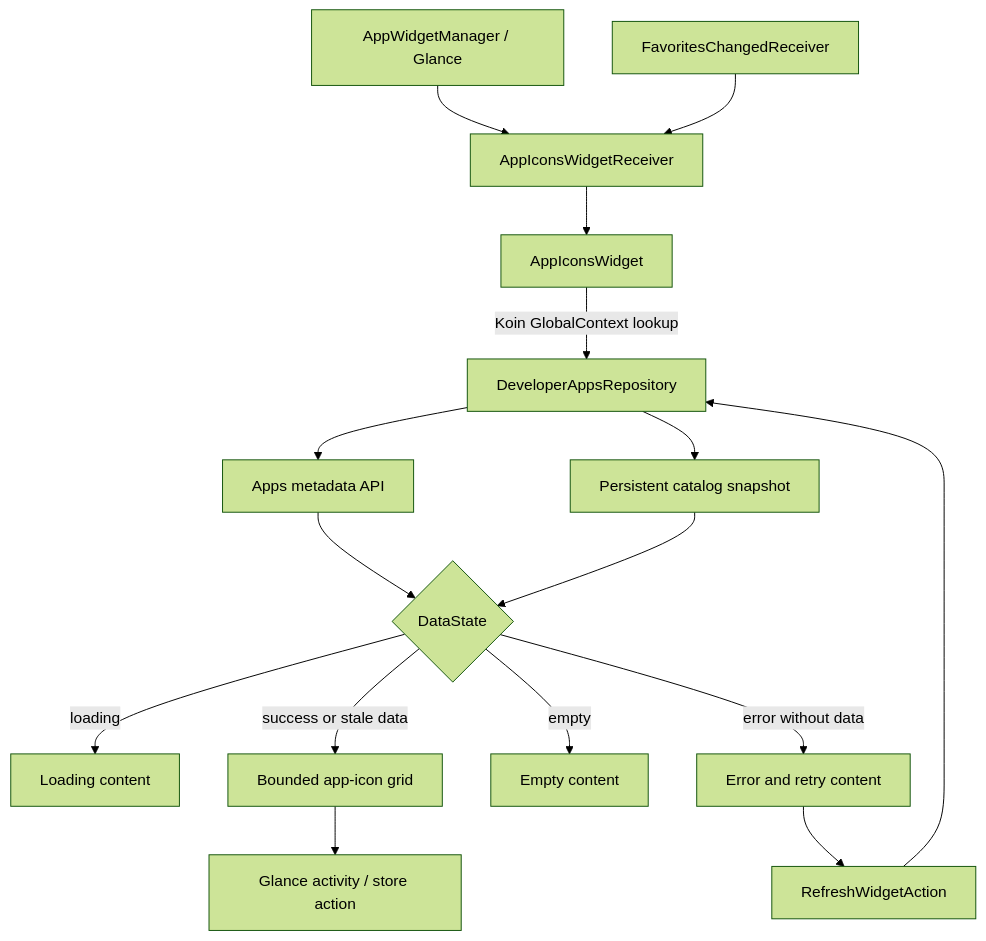
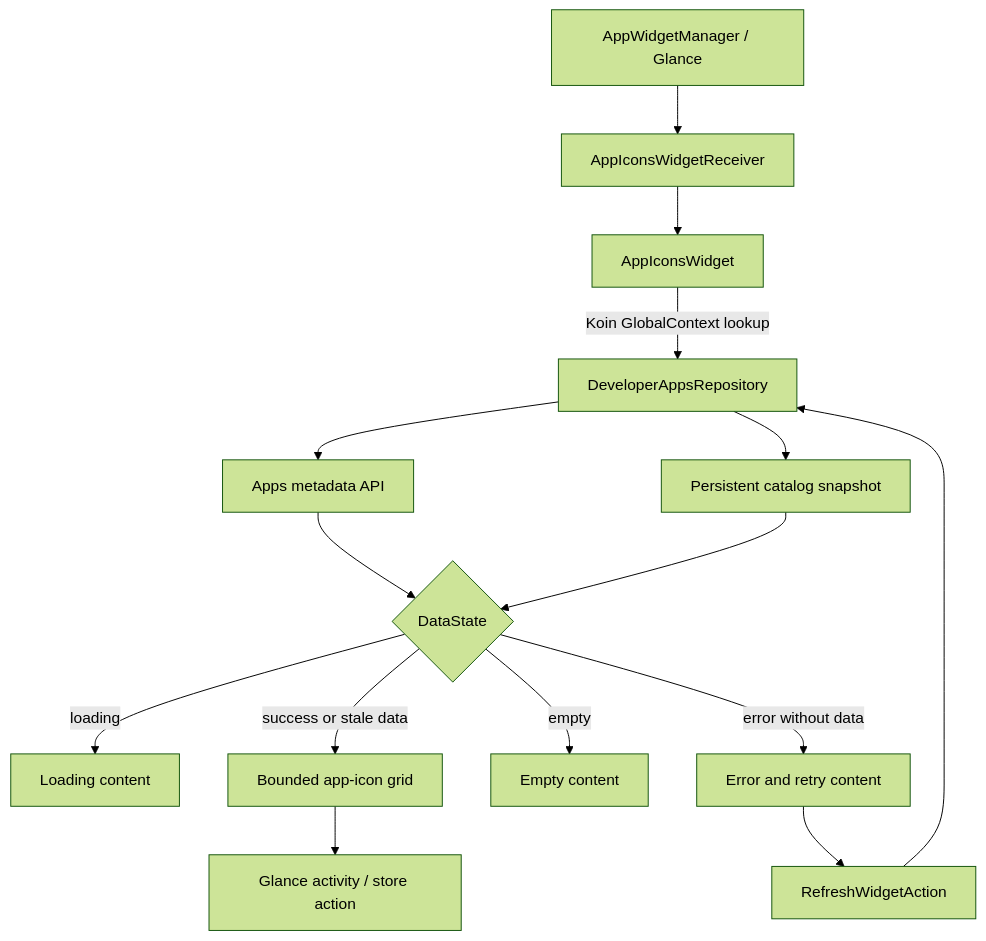
The diagram in sample/widget/README.md (MihaiCristianCondrea/App-Toolkit-for-Android), drawn with Mermaid (forest theme) before and after one commit. The commit also changed other lines of this file and 52 other files, not shown here.

````diff
--- a/sample/widget/README.md
+++ b/sample/widget/README.md
@@ -31,18 +31,17 @@
 ```mermaid
 flowchart TD
     System[AppWidgetManager / Glance] --> Receiver[AppIconsWidgetReceiver]
     Receiver --> Widget[AppIconsWidget]
     Widget -->|Koin GlobalContext lookup| Repo[DeveloperAppsRepository]
     Repo --> Remote[Apps metadata API]
     Repo --> Cache[Persistent catalog snapshot]
     Remote --> State{DataState}
     Cache --> State
     State -->|loading| Loading[Loading content]
     State -->|success or stale data| Grid[Bounded app-icon grid]
     State -->|empty| Empty[Empty content]
     State -->|error without data| Error[Error and retry content]
     Grid --> Launch[Glance activity / store action]
     Error --> Retry[RefreshWidgetAction]
     Retry --> Repo
-    Favorites[FavoritesChangedReceiver] --> Receiver
 ```
````
